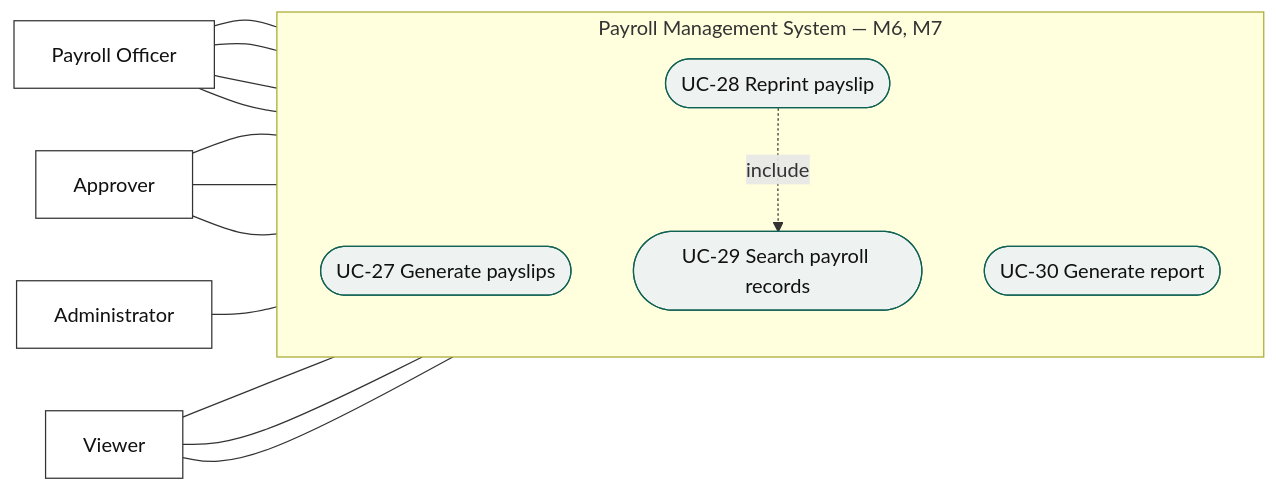
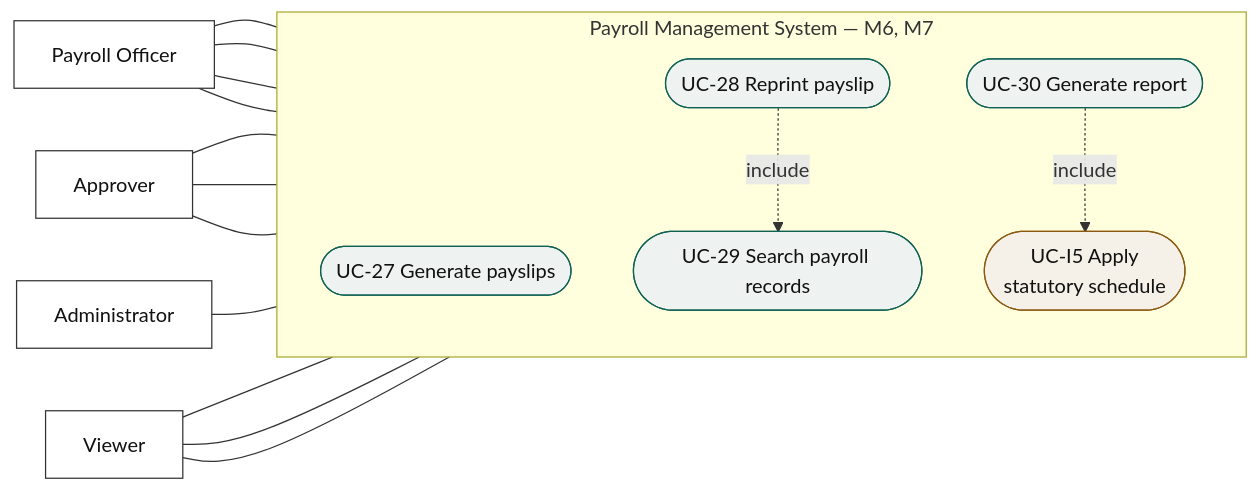
Before and after one commit to rjfat/municipal-payroll-system: the seventh of 8 diagrams in docs/use-case-model.md, drawn with Mermaid. The commit also changed other lines of this file and 6 other files, not shown here.

````diff
--- a/docs/use-case-model.md
+++ b/docs/use-case-model.md
@@ -467,34 +468,39 @@
 ```mermaid
 flowchart LR
     PO["Payroll Officer"]
     AP["Approver"]
     AD["Administrator"]
     VW["Viewer"]
 
     subgraph SYS["Payroll Management System — M6, M7"]
         direction TB
         UC27(["UC-27 Generate payslips"])
         UC28(["UC-28 Reprint payslip"])
         UC29(["UC-29 Search payroll records"])
         UC30(["UC-30 Generate report"])
+        I5(["UC-I5 Apply
+        statutory schedule"])
     end
 
     PO --- UC27
     PO --- UC28
     PO --- UC29
     PO --- UC30
     AP --- UC28
     AP --- UC29
     AP --- UC30
     AD --- UC28
     VW --- UC28
     VW --- UC29
     VW --- UC30
 
     UC28 -.->|include| UC29
+    UC30 -.->|include| I5
 
     classDef actor fill:#ffffff,stroke:#333,stroke-width:1px,color:#111;
     classDef uc fill:#eef3f1,stroke:#0F6154,stroke-width:1px,color:#111;
+    classDef inc fill:#f6f1e8,stroke:#8A5A12,stroke-width:1px,color:#111;
     class PO,AP,AD,VW actor;
     class UC27,UC28,UC29,UC30 uc;
+    class I5 inc;
 ```
````
